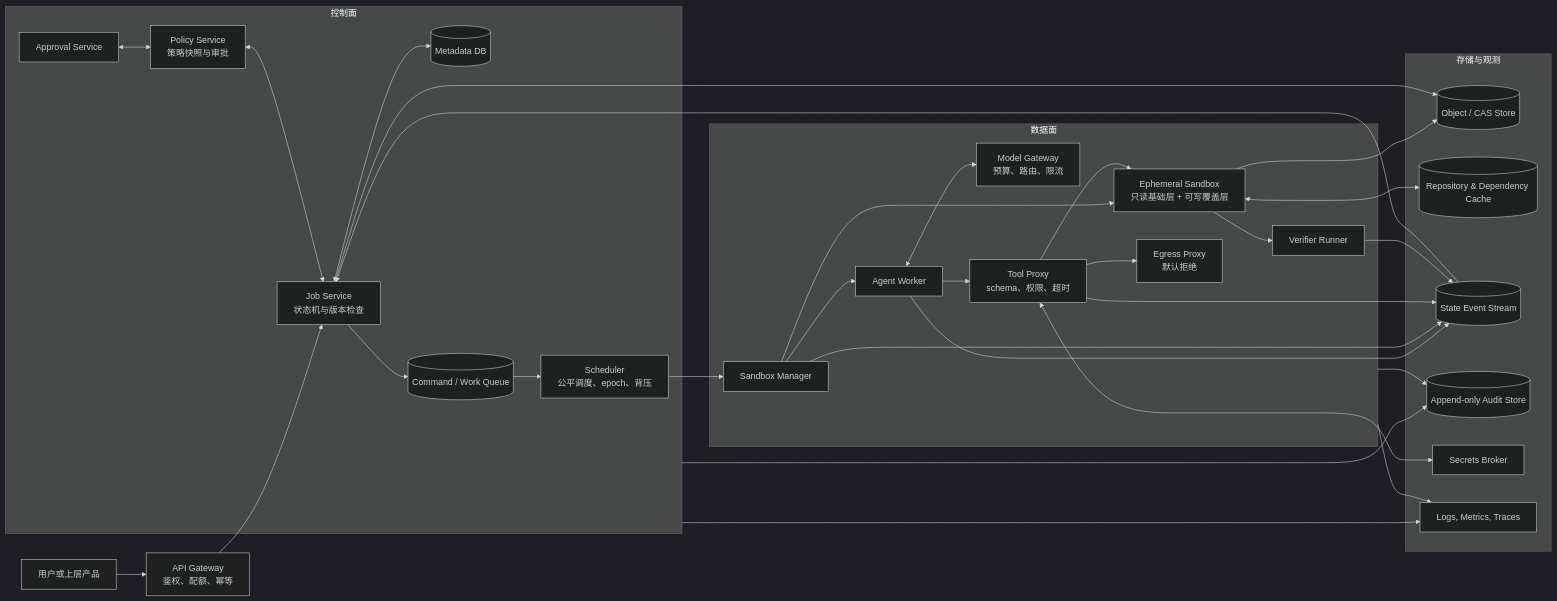
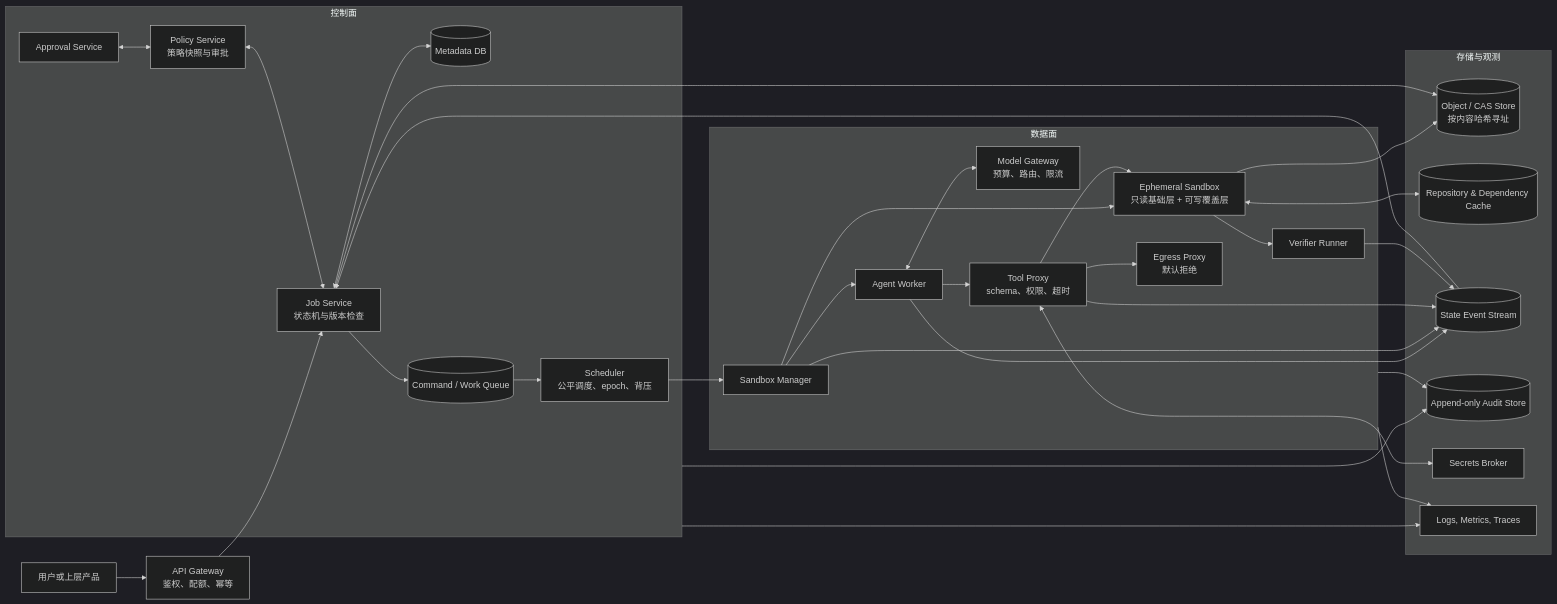
One commit to xizheyin/hft-book-rs changed the first of 2 diagrams in books/ai/src/interview/system_design.md. Above: the diagram before and after it, drawn with Mermaid (dark theme). The commit also changed other lines of this file and 64 other files, not shown here.

````diff
--- a/books/ai/src/interview/system_design.md
+++ b/books/ai/src/interview/system_design.md
@@ -277,60 +286,60 @@
 ```mermaid
 flowchart LR
     U["用户或上层产品"] --> G["API Gateway<br/>鉴权、配额、幂等"]
 
     subgraph CP["控制面"]
         J["Job Service<br/>状态机与版本检查"]
         P["Policy Service<br/>策略快照与审批"]
         S["Scheduler<br/>公平调度、epoch、背压"]
         A["Approval Service"]
         DB[("Metadata DB")]
         Q[("Command / Work Queue")]
     end
 
     subgraph DP["数据面"]
         M["Sandbox Manager"]
         W["Agent Worker"]
         R["Model Gateway<br/>预算、路由、限流"]
         T["Tool Proxy<br/>schema、权限、超时"]
         X["Ephemeral Sandbox<br/>只读基础层 + 可写覆盖层"]
         V["Verifier Runner"]
         E["Egress Proxy<br/>默认拒绝"]
     end
 
     subgraph ST["存储与观测"]
-        O[("Object / CAS Store")]
+        O[("Object / CAS Store<br/>按内容哈希寻址")]
         C[("Repository & Dependency Cache")]
         EV[("State Event Stream")]
         AU[("Append-only Audit Store")]
         Z["Secrets Broker"]
         OB["Logs, Metrics, Traces"]
     end
 
     G --> J
     J <--> DB
     J --> Q
     EV --> J
     P <--> J
     A <--> P
     Q --> S
     S --> M
     M --> W
     W <--> R
     M --> X
     W --> T
     T --> X
     T --> E
     T <--> Z
     X --> V
     X <--> C
     X --> O
     J --> O
     W --> EV
     M --> EV
     T --> EV
     V --> EV
     CP --> OB
     DP --> OB
     CP --> AU
     DP --> AU
 ```
````
